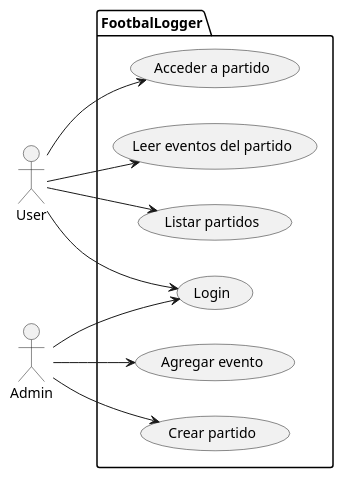
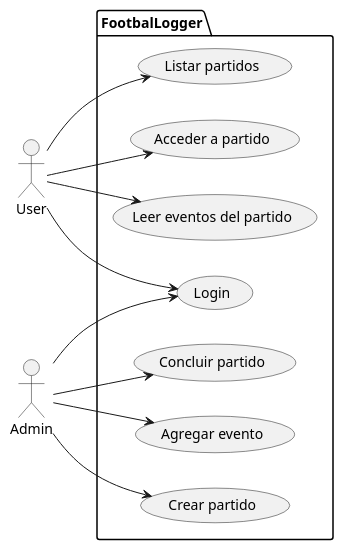
One commit to mmasias/IdSw1-22-23 changed the diagram in actividades/002-appFutbol/ortega.manuel/images/FootballUseCases.puml. Above: the diagram before and after it, drawn with PlantUML.

```diff
--- a/actividades/002-appFutbol/ortega.manuel/images/FootballUseCases.puml
+++ b/actividades/002-appFutbol/ortega.manuel/images/FootballUseCases.puml
@@ -1,22 +1,24 @@
 @startuml Casos de uso football
 left to right direction
 
 package FootbalLogger {
   usecase "Login" as Login
   usecase "Acceder a partido" as AP
   usecase "Leer eventos del partido" as REP
   usecase "Listar partidos" as LP
 
   usecase "Agregar evento" as CE
   usecase "Crear partido" as CP
+  usecase "Concluir partido" as CLP
 }
 
 User --> (Login)
 User --> (AP)
 User --> (REP)
 User --> (LP)
 
 Admin --> (Login)
 Admin --> (CE)
 Admin --> (CP)
+Admin --> (CLP)
 @enduml
```
